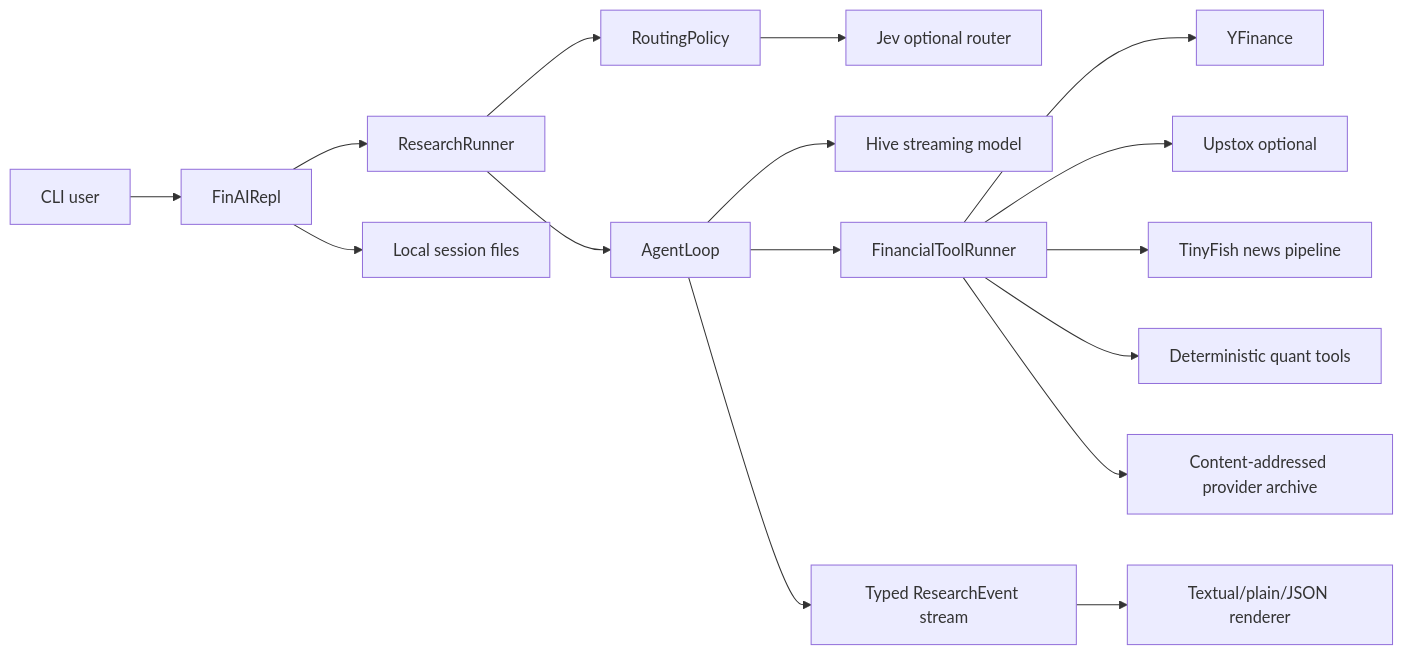
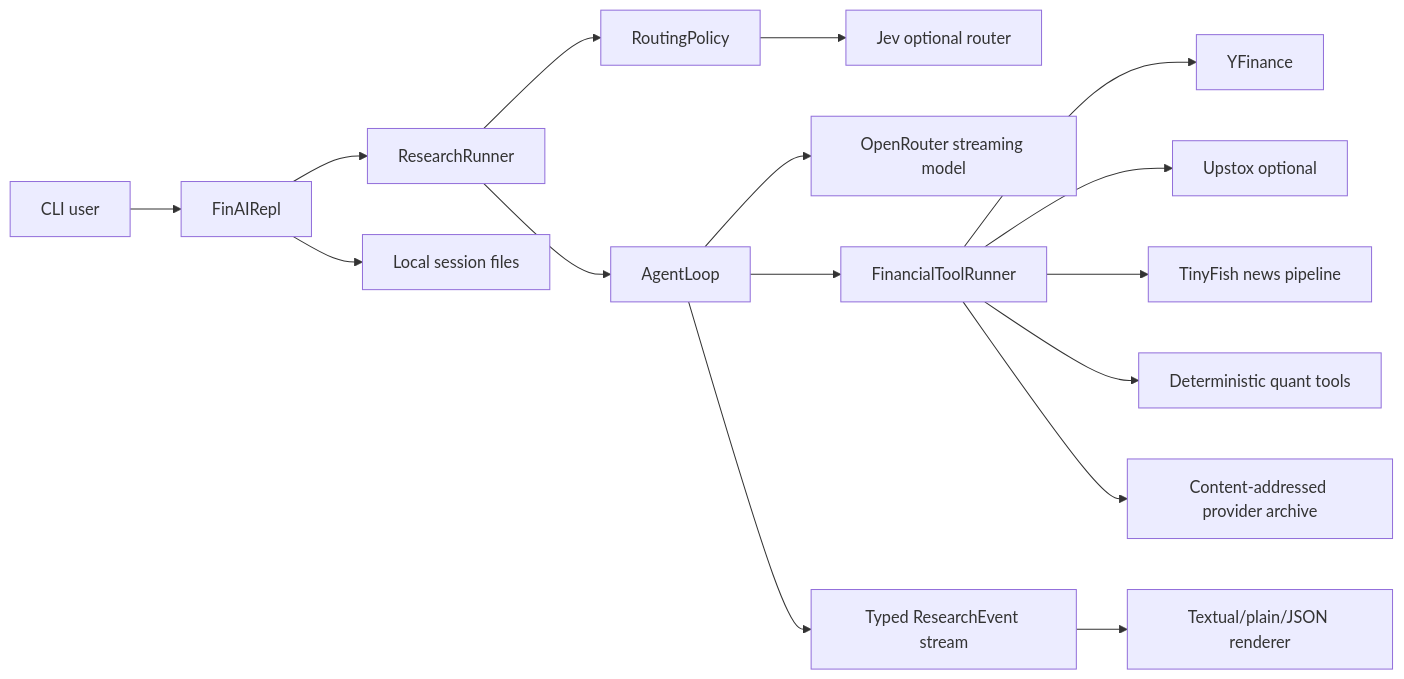
The diagram in README.md (rahul2-byte/financial-analyst-system), drawn with Mermaid before and after one commit. The commit also changed other lines of this file and 44 other files, not shown here.

First line of the commit message:
feat: OpenRouter as the only LLM provider

````diff
--- a/README.md
+++ b/README.md
@@ -18,18 +18,18 @@
 ```mermaid
 flowchart LR
     U[CLI user] --> S[FinAIRepl]
     S --> R[ResearchRunner]
     R --> P[RoutingPolicy]
     P --> J[Jev optional router]
     R --> L[AgentLoop]
-    L --> M[Hive streaming model]
+    L --> M[OpenRouter streaming model]
     L --> T[FinancialToolRunner]
     T --> Y[YFinance]
     T --> Q[Upstox optional]
     T --> N[TinyFish news pipeline]
     T --> D[Deterministic quant tools]
     L --> E[Typed ResearchEvent stream]
     E --> V[Textual/plain/JSON renderer]
     S --> F[Local session files]
     T --> A[Content-addressed provider archive]
 ```
````
